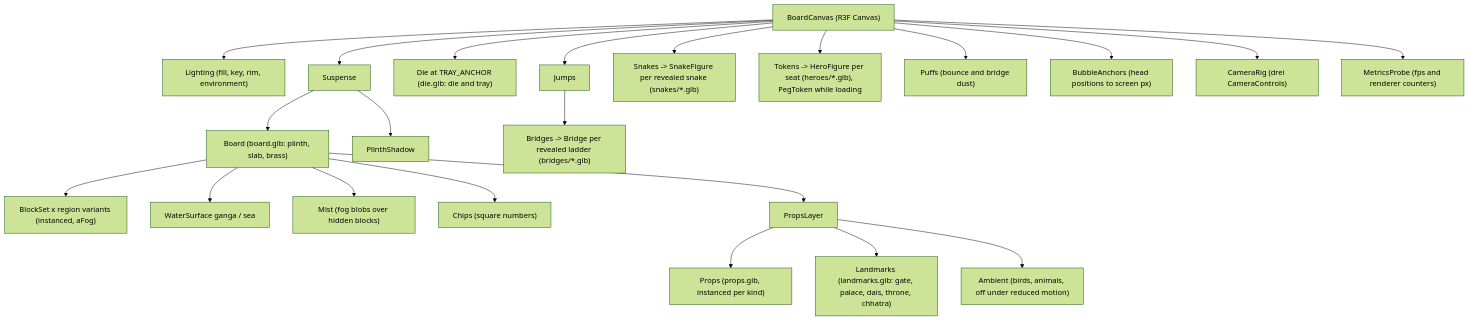
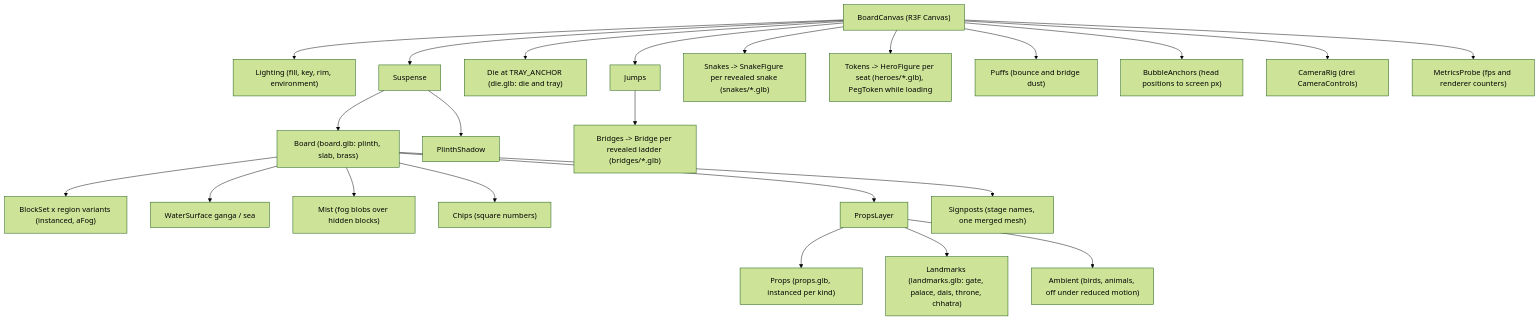
Before and after one commit to AimedTechGeek/ramayana-snakes-ladders: the second of 2 diagrams in docs/ARCHITECTURE.md, drawn with Mermaid (forest theme). The commit also changed other lines of this file and 12 other files, not shown here.

Commit message:
T46.6: small wooden signposts on each stage's first block replace the big edge plaques (prop scale, off every lane and fan slot, hide no chip, one merged mesh, 512 atlas)

````diff
--- a/docs/ARCHITECTURE.md
+++ b/docs/ARCHITECTURE.md
@@ -147,24 +147,25 @@
 ```mermaid
 graph TD
     Canvas["BoardCanvas (R3F Canvas)"] --> Lighting["Lighting (fill, key, rim, environment)"]
     Canvas --> Suspense1["Suspense"]
     Suspense1 --> Board["Board (board.glb: plinth, slab, brass)"]
     Board --> Blocks["BlockSet x region variants (instanced, aFog)"]
     Board --> Water["WaterSurface ganga / sea"]
     Board --> Mist["Mist (fog blobs over hidden blocks)"]
     Board --> Chips["Chips (square numbers)"]
     Board --> PropsLayer["PropsLayer"]
     PropsLayer --> Props["Props (props.glb, instanced per kind)"]
     PropsLayer --> Landmarks["Landmarks (landmarks.glb: gate, palace, dais, throne, chhatra)"]
     PropsLayer --> Ambient["Ambient (birds, animals, off under reduced motion)"]
+    Board --> Signposts["Signposts (stage names, one merged mesh)"]
     Suspense1 --> PlinthShadow["PlinthShadow"]
     Canvas --> Die["Die at TRAY_ANCHOR (die.glb: die and tray)"]
     Canvas --> Jumps["Jumps"]
     Jumps --> Bridges["Bridges -> Bridge per revealed ladder (bridges/*.glb)"]
     Canvas --> Snakes["Snakes -> SnakeFigure per revealed snake (snakes/*.glb)"]
     Canvas --> Tokens["Tokens -> HeroFigure per seat (heroes/*.glb), PegToken while loading"]
     Canvas --> Puffs["Puffs (bounce and bridge dust)"]
     Canvas --> BubbleAnchors["BubbleAnchors (head positions to screen px)"]
     Canvas --> CameraRig["CameraRig (drei CameraControls)"]
     Canvas --> MetricsProbe["MetricsProbe (fps and renderer counters)"]
 ```
````
